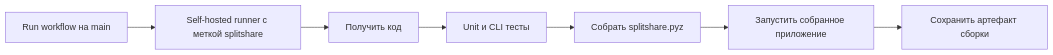
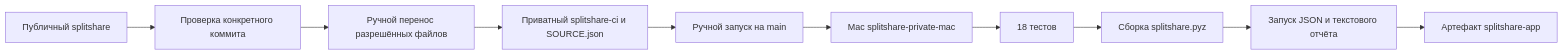
The diagram in wiki/CI-CD.md (eductionnn-netizen/splitshare), drawn with Mermaid before and after one commit. The commit also changed other lines of this file and 11 other files, not shown here.

````diff
--- a/wiki/CI-CD.md
+++ b/wiki/CI-CD.md
@@ -5,9 +3,12 @@
 ```mermaid
 flowchart LR
-    Manual[Run workflow на main] --> Runner[Self-hosted runner с меткой splitshare]
-    Runner --> Checkout[Получить код]
-    Checkout --> Tests[Unit и CLI тесты]
-    Tests --> Build[Собрать splitshare.pyz]
-    Build --> Smoke[Запустить собранное приложение]
-    Smoke --> Artifact[Сохранить артефакт сборки]
+    Source[Публичный splitshare] --> Review[Проверка конкретного коммита]
+    Review --> Copy[Ручной перенос разрешённых файлов]
+    Copy --> Private[Приватный splitshare-ci и SOURCE.json]
+    Private --> Manual[Ручной запуск на main]
+    Manual --> Runner[Mac splitshare-private-mac]
+    Runner --> Tests[18 тестов]
+    Tests --> Build[Сборка splitshare.pyz]
+    Build --> Smoke[Запуск JSON и текстового отчёта]
+    Smoke --> Artifact[Артефакт splitshare-app]
 ```
````
